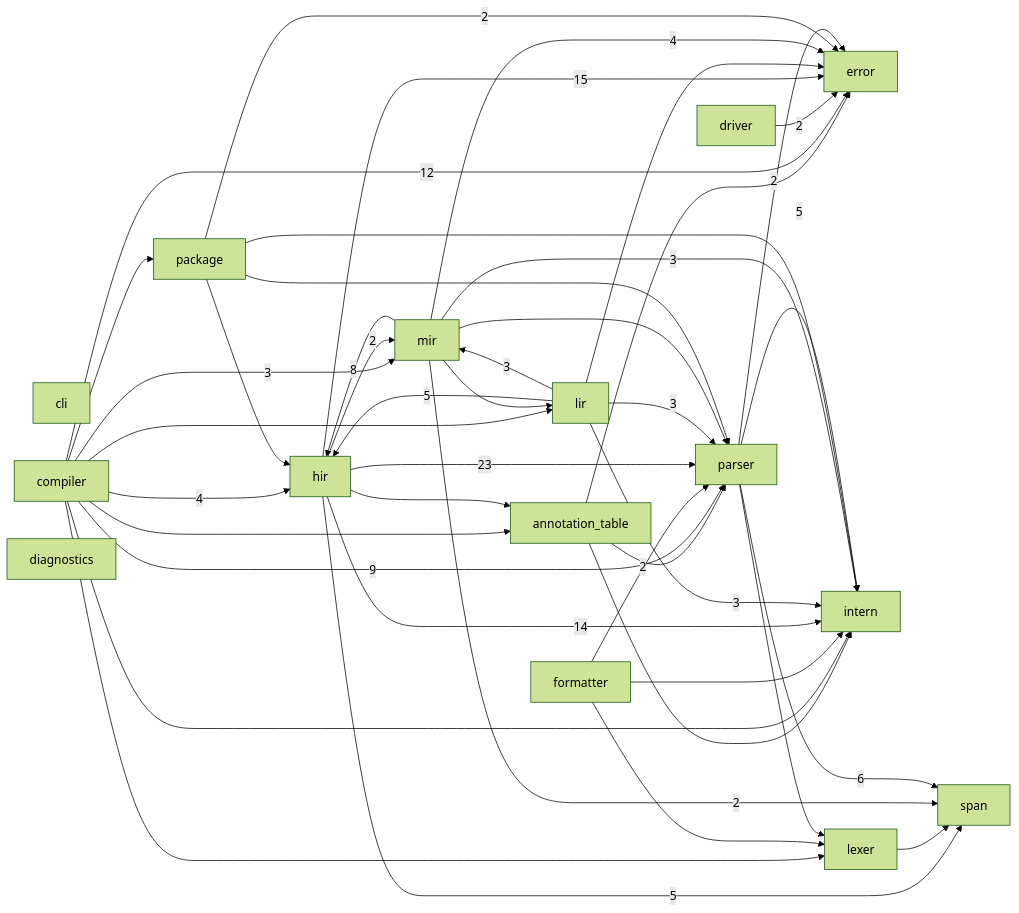
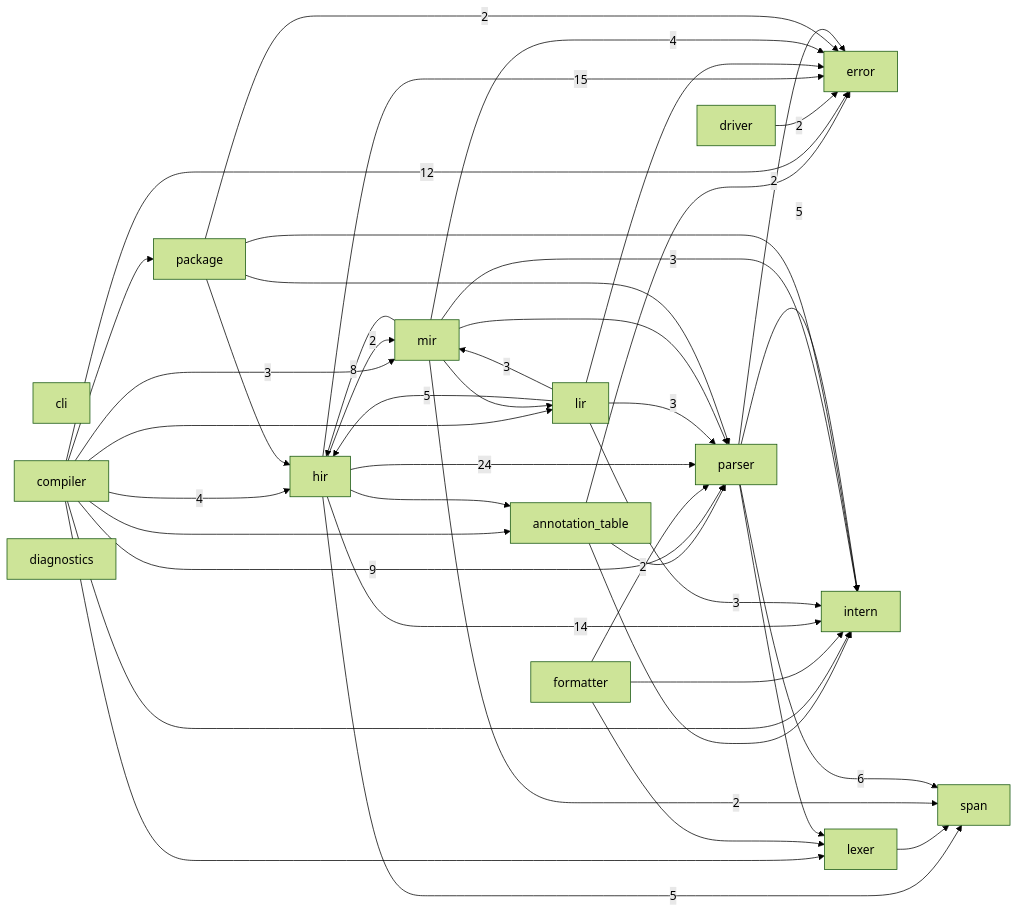
One commit to ayanami1ei/Ayanami-language changed the diagram in docs/module-graph.md. Above: the diagram before and after it, drawn with Mermaid (forest theme). The commit also changed other lines of this file and 6 other files, not shown here.

````diff
--- a/docs/module-graph.md
+++ b/docs/module-graph.md
@@ -6,60 +6,60 @@
 ```mermaid
 graph LR
     annotation_table
     cli
     compiler
     diagnostics
     driver
     error
     formatter
     hir
     intern
     lexer
     lir
     mir
     package
     parser
     span
     annotation_table --> error
     annotation_table --> intern
     annotation_table --> parser
     compiler --> annotation_table
     compiler -->|12| error
     compiler -->|4| hir
     compiler --> intern
     compiler --> lexer
     compiler --> lir
     compiler -->|3| mir
     compiler --> package
     compiler -->|9| parser
     driver -->|2| error
     formatter --> intern
     formatter --> lexer
     formatter -->|2| parser
     hir --> annotation_table
     hir -->|15| error
     hir -->|14| intern
     hir -->|2| mir
-    hir -->|23| parser
+    hir -->|24| parser
     hir -->|5| span
     lexer --> span
     lir --> error
     lir -->|5| hir
     lir -->|3| intern
     lir -->|3| mir
     lir -->|3| parser
     mir -->|4| error
     mir -->|8| hir
     mir -->|3| intern
     mir --> lir
     mir --> parser
     mir -->|2| span
     package -->|2| error
     package --> hir
     package --> intern
     package --> parser
     parser -->|2| error
     parser -->|5| intern
     parser --> lexer
     parser -->|6| span
 ```
````
